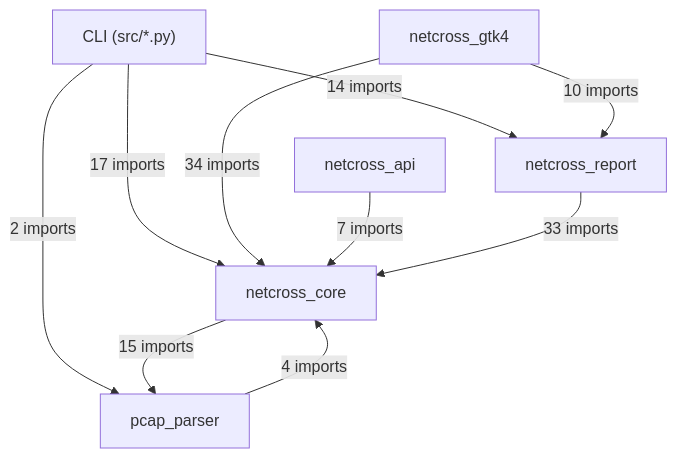
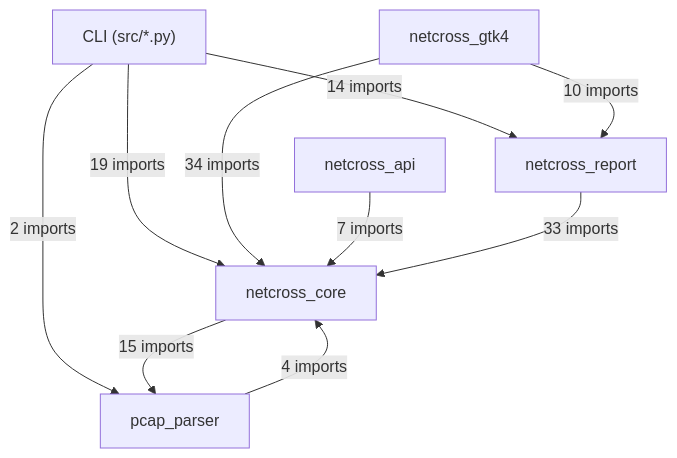
Before and after one commit to MathildeDec/Netcross: the first of 16 diagrams in docs/class-diagram.md, drawn with Mermaid. The commit also changed 2 other files, not shown here.

Commit message:
feat(#299): câblage _() dans les CLIs + security_report/triage/synthesis
cross_capture_analyzer_cli.py : import i18n, 8 chaînes wrappées
(ECHEC decoupage, --cve-db, --security-report/--live/--redact,
base CVE introuvable, --quic, Aucune base CVE).

cross_capture_diff_cli.py : import i18n, 1 chaîne (--quic).

security_report.py : tous les labels du format_security_report
wrappés (RAPPORT, dashboard, sections, messages vides).

triage.py : HEALTH_LABELS traduits, format_health_line,
Aucun segment.

synthesis.py : import i18n (catégories Finding = identifiants
internes, non traduits).

Régénère le diagramme de classes.

3167 tests passent.

````diff
--- a/docs/class-diagram.md
+++ b/docs/class-diagram.md
@@ -26,18 +26,18 @@
 ```mermaid
 flowchart TD
     CLI["CLI (src/*.py)"]
     netcross_gtk4["netcross_gtk4"]
     netcross_api["netcross_api"]
     netcross_report["netcross_report"]
     netcross_core["netcross_core"]
     pcap_parser["pcap_parser"]
     CLI -->|"14 imports"| netcross_report
-    CLI -->|"17 imports"| netcross_core
+    CLI -->|"19 imports"| netcross_core
     CLI -->|"2 imports"| pcap_parser
     netcross_gtk4 -->|"10 imports"| netcross_report
     netcross_gtk4 -->|"34 imports"| netcross_core
     netcross_api -->|"7 imports"| netcross_core
     netcross_report -->|"33 imports"| netcross_core
     netcross_core -->|"15 imports"| pcap_parser
     pcap_parser -->|"4 imports"| netcross_core
 ```
````
